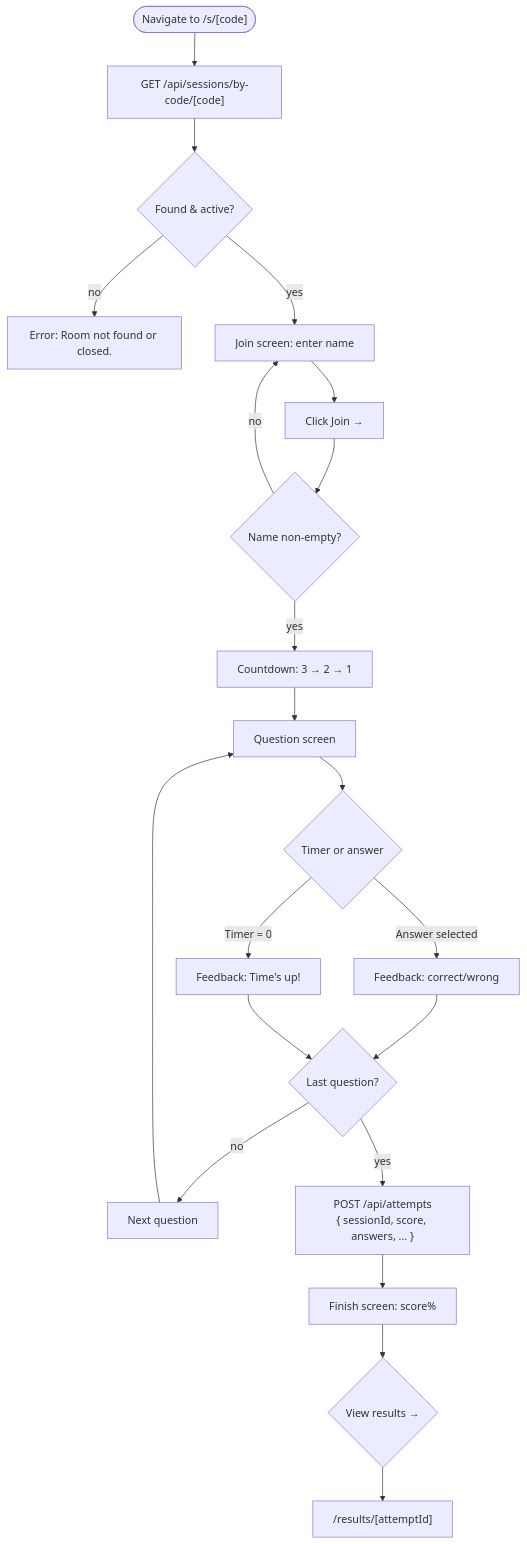
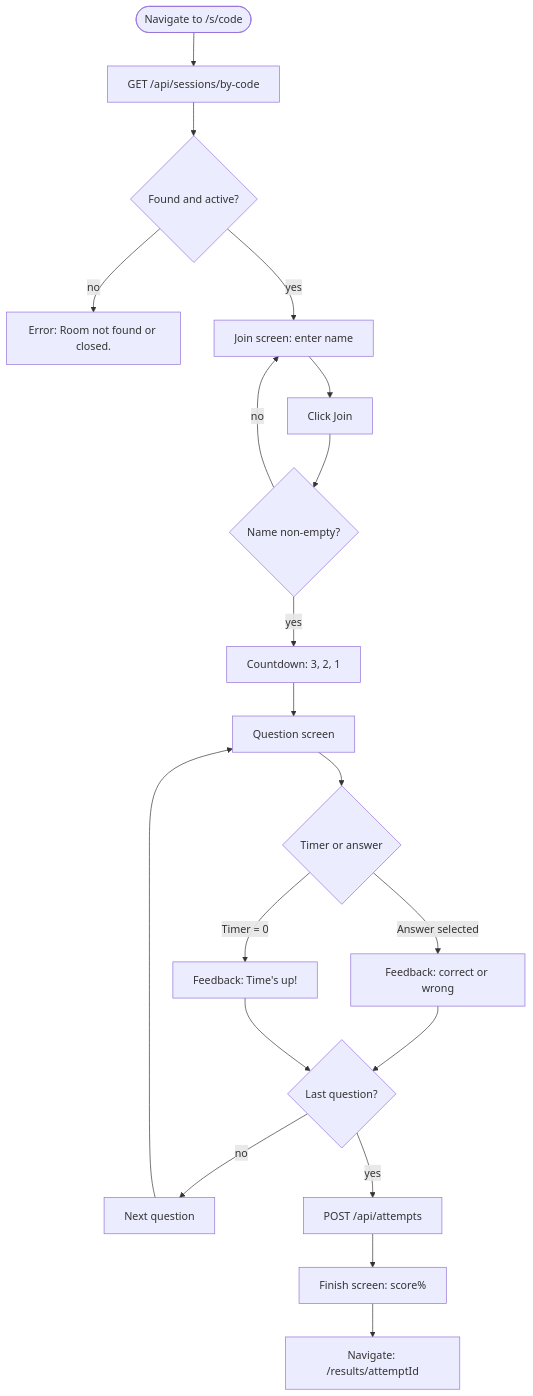
One commit to linhhd1kt/fce-quizz changed the sixth of 9 diagrams in docs/specs.md. Above: the diagram before and after it, drawn with Mermaid. The commit also changed other lines of this file, not shown here.

Commit message:
fix: correct Mermaid syntax in specs.md (slash shapes, curly braces, newlines in labels)

````diff
--- a/docs/specs.md
+++ b/docs/specs.md
@@ -465,24 +464,23 @@
 ```mermaid
 flowchart TD
-    A(["Navigate to /s/[code]"]) --> B["GET /api/sessions/by-code/[code]"]
-    B --> C{Found & active?}
+    A([Navigate to /s/code]) --> B["GET /api/sessions/by-code"]
+    B --> C{Found and active?}
     C -- no --> D["Error: Room not found or closed."]
-    C -- yes --> E[Join screen: enter name]
-    E --> F[Click Join →]
+    C -- yes --> E["Join screen: enter name"]
+    E --> F["Click Join"]
     F --> G{Name non-empty?}
     G -- no --> E
-    G -- yes --> H[Countdown: 3 → 2 → 1]
-    H --> I[Question screen]
+    G -- yes --> H["Countdown: 3, 2, 1"]
+    H --> I["Question screen"]
 
     I --> J{Timer or answer}
-    J -- "Answer selected" --> K[Feedback: correct/wrong]
-    J -- "Timer = 0" --> L[Feedback: Time's up!]
+    J -- "Answer selected" --> K["Feedback: correct or wrong"]
+    J -- "Timer = 0" --> L["Feedback: Time's up!"]
     K --> M{Last question?}
     L --> M
-    M -- no --> N[Next question]
+    M -- no --> N["Next question"]
     N --> I
-    M -- yes --> O["POST /api/attempts\n{ sessionId, score, answers, ... }"]
-    O --> P[Finish screen: score%]
-    P --> Q{"View results →"}
-    Q --> R["/results/[attemptId]"]
+    M -- yes --> O["POST /api/attempts"]
+    O --> P["Finish screen: score%"]
+    P --> R["Navigate: /results/attemptId"]
 ```
````
